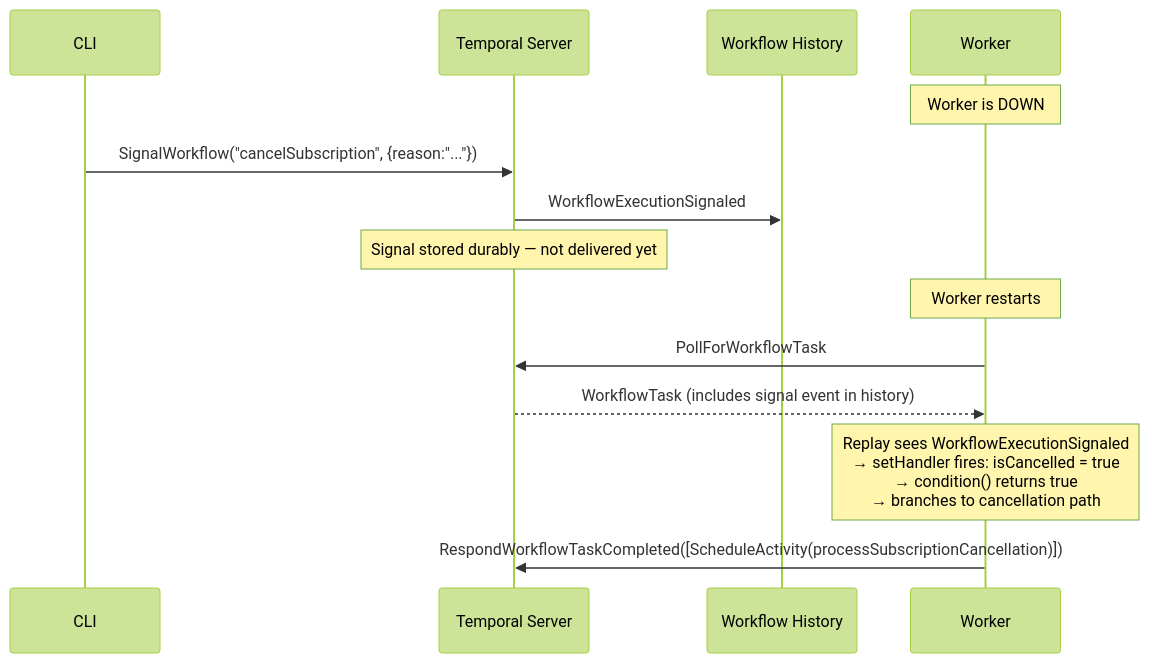
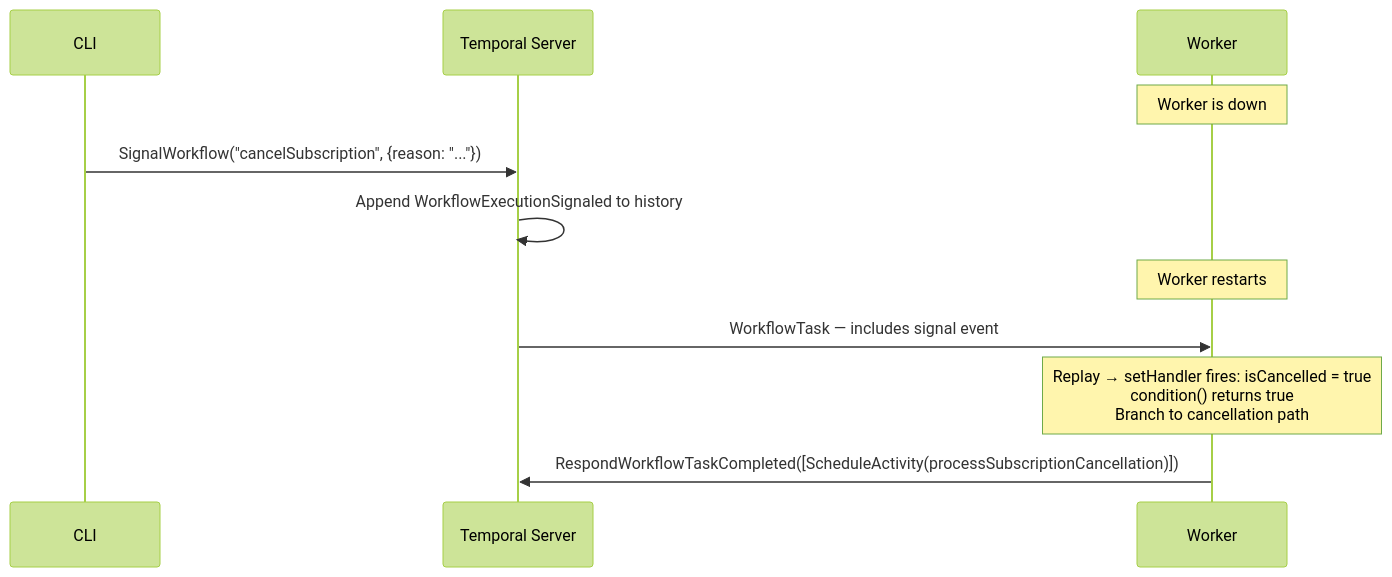
One commit to HackerM0nk/temporal-from-scratch changed the third of 7 diagrams in docs/architecture.md. Above: the diagram before and after it, drawn with Mermaid (forest theme). The commit also changed other lines of this file and 1 other file, not shown here.

First line of the commit message:
Rewrite README and architecture docs

````diff
--- a/docs/architecture.md
+++ b/docs/architecture.md
@@ -111,20 +86,17 @@
 ```mermaid
 sequenceDiagram
     participant CLI
     participant Server as Temporal Server
-    participant History as Workflow History
     participant Worker
 
-    Note over Worker: Worker is DOWN
+    Note over Worker: Worker is down
 
-    CLI->>Server: SignalWorkflow("cancelSubscription", {reason:"..."})
-    Server->>History: WorkflowExecutionSignaled
-    Note over Server: Signal stored durably — not delivered yet
+    CLI->>Server: SignalWorkflow("cancelSubscription", {reason: "..."})
+    Server->>Server: Append WorkflowExecutionSignaled to history
 
     Note over Worker: Worker restarts
 
-    Worker->>Server: PollForWorkflowTask
-    Server-->>Worker: WorkflowTask (includes signal event in history)
-    Note over Worker: Replay sees WorkflowExecutionSignaled<br/>→ setHandler fires: isCancelled = true<br/>→ condition() returns true<br/>→ branches to cancellation path
+    Server->>Worker: WorkflowTask — includes signal event
+    Note over Worker: Replay → setHandler fires: isCancelled = true<br/>condition() returns true<br/>Branch to cancellation path
     Worker->>Server: RespondWorkflowTaskCompleted([ScheduleActivity(processSubscriptionCancellation)])
 ```
````
